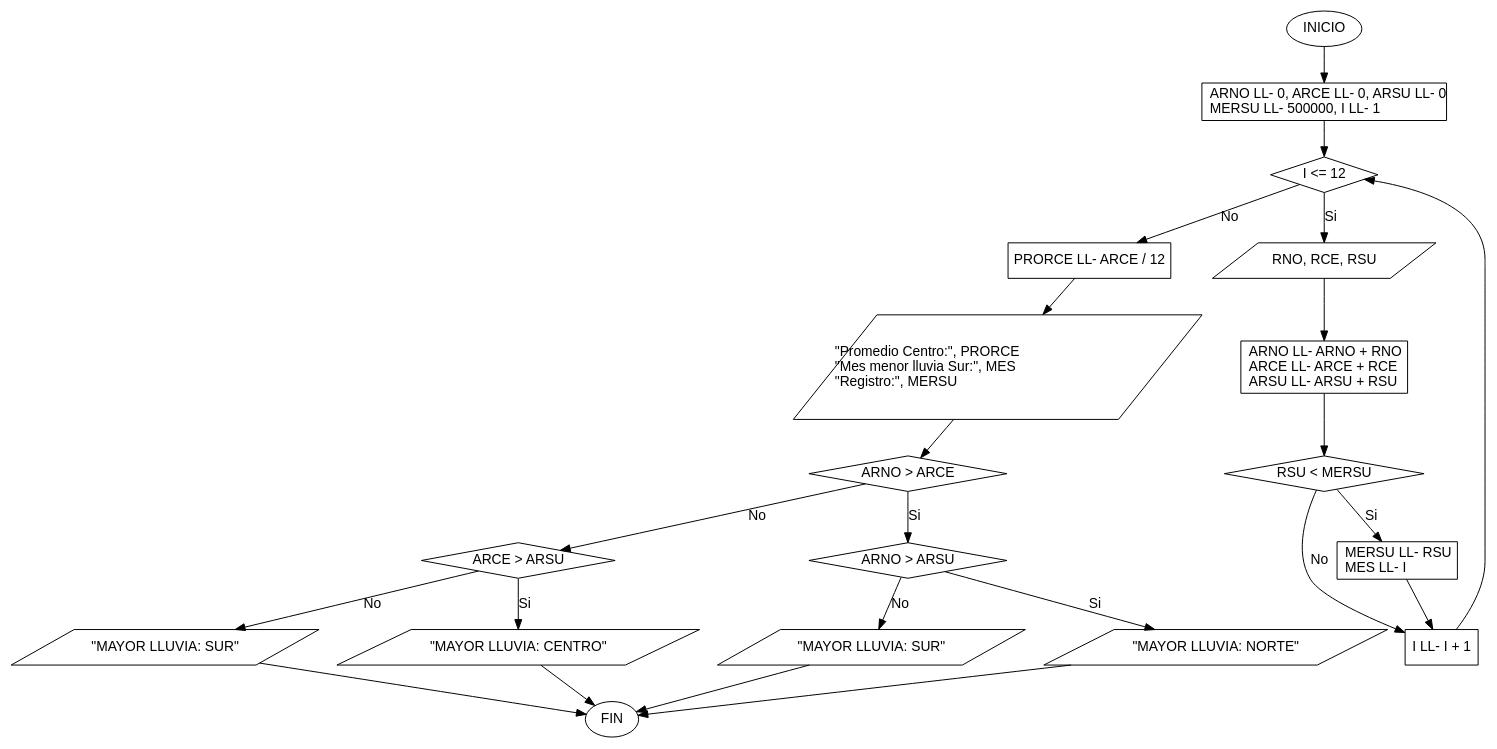
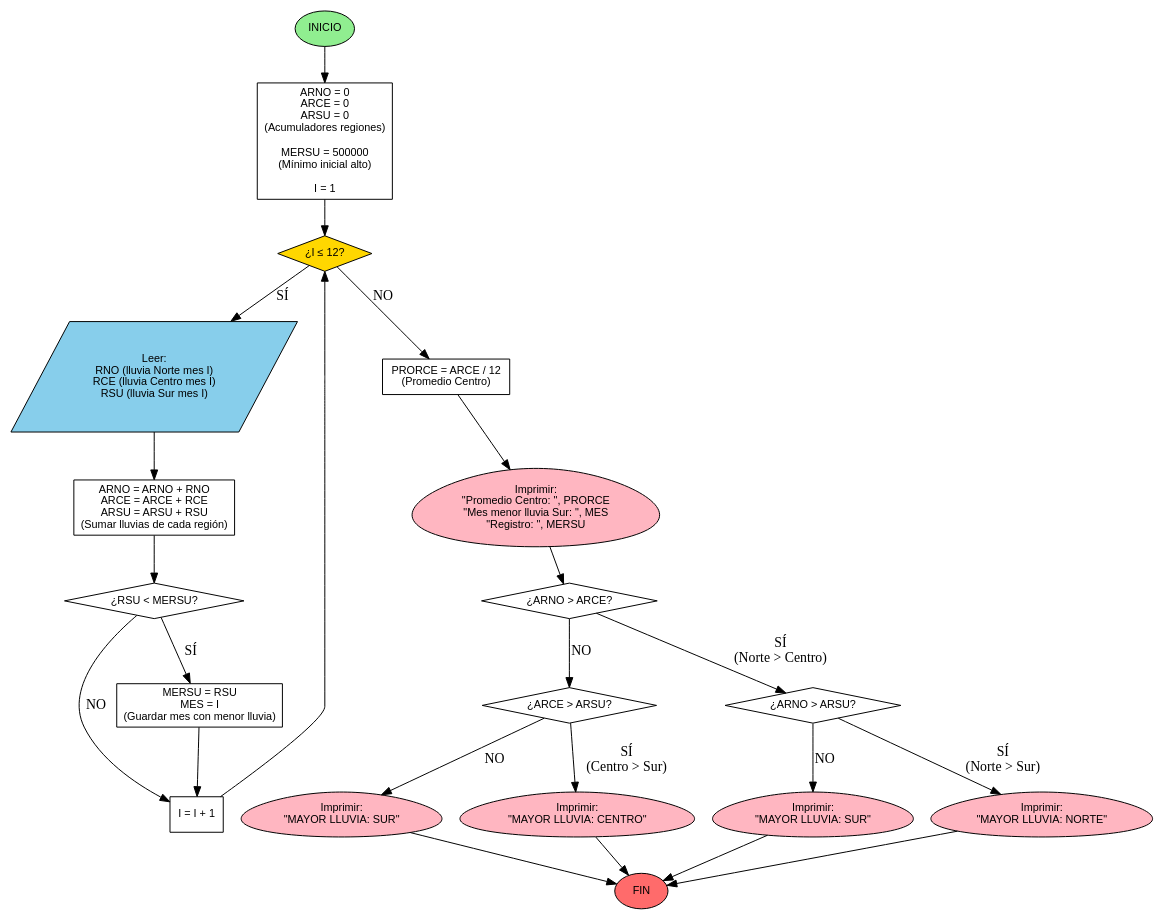
One commit to RosarioReyesMtz/java-tutor-tics changed the diagram in Diagramas/problema_3_13.dot. Above: the diagram before and after it, drawn with Graphviz. The commit also changed 40 other files, not shown here.

```diff
--- a/Diagramas/problema_3_13.dot
+++ b/Diagramas/problema_3_13.dot
@@ -1,57 +1,76 @@
-digraph Diagrama_3_20 {
-    graph [fontname="Arial"];
-    node [fontname="Arial", shape=ellipse, style=solid];
-    edge [fontname="Arial"];
-
-    inicio [label="INICIO"];
-    fin [label="FIN"];
+digraph problema_3_13 {
+    // Configuración general
+    rankdir=TB;
+    node [fontname="Arial", fontsize=11];
     
-    node [shape=rect, style=solid];
-    init_vars [label="ARNO \L\L- 0, ARCE \L\L- 0, ARSU \L\L- 0\lMERSU \L\L- 500000, I \L\L- 1\l"];
-    proceso_acum [label="ARNO \L\L- ARNO + RNO\lARCE \L\L- ARCE + RCE\lARSU \L\L- ARSU + RSU\l"];
-    proceso_mersu [label="MERSU \L\L- RSU\lMES \L\L- I\l"];
-    increment_i [label="I \L\L- I + 1"];
-    calc_prom [label="PRORCE \L\L- ARCE / 12"];
+    // Inicio
+    inicio [label="INICIO", shape=ellipse, style=filled, fillcolor="#90EE90"];
     
-    node [shape=parallelogram, style=solid];
-    lectura [label="RNO, RCE, RSU"];
+    // Inicialización
+    init [label="ARNO = 0\nARCE = 0\nARSU = 0\n(Acumuladores regiones)\n\nMERSU = 500000\n(Mínimo inicial alto)\n\nI = 1", shape=box];
     
-    node [shape=parallelogram, style="solid,waves", waves=bottom];
-    escritura_ab [label="\"Promedio Centro:\", PRORCE\l\"Mes menor lluvia Sur:\", MES\l\"Registro:\", MERSU\l"];
-    esc_norte [label="\"MAYOR LLUVIA: NORTE\""];
-    esc_centro [label="\"MAYOR LLUVIA: CENTRO\""];
-    esc_sur [label="\"MAYOR LLUVIA: SUR\""];
-    esc_sur2 [label="\"MAYOR LLUVIA: SUR\""];
+    // Ciclo FOR principal
+    ciclo [label="¿I ≤ 12?", shape=diamond, style=filled, fillcolor="#FFD700"];
     
-    node [shape=diamond, style=solid];
-    cond_loop [label="I <= 12"];
-    cond_mersu [label="RSU < MERSU"];
-    cond_c1 [label="ARNO > ARCE"];
-    cond_c2 [label="ARNO > ARSU"];
-    cond_c3 [label="ARCE > ARSU"];
+    // Entrada de datos
+    entrada [label="Leer:\nRNO (lluvia Norte mes I)\nRCE (lluvia Centro mes I)\nRSU (lluvia Sur mes I)", shape=parallelogram, style=filled, fillcolor="#87CEEB"];
     
-    inicio -> init_vars -> cond_loop;
-    cond_loop -> lectura [label="Si"];
-    lectura -> proceso_acum -> cond_mersu;
-    cond_mersu -> proceso_mersu [label="Si"];
-    proceso_mersu -> increment_i;
-    cond_mersu -> increment_i [label="No"];
-    increment_i -> cond_loop;
+    // Acumular
+    acumular [label="ARNO = ARNO + RNO\nARCE = ARCE + RCE\nARSU = ARSU + RSU\n(Sumar lluvias de cada región)", shape=box];
     
-    cond_loop -> calc_prom [label="No"];
-    calc_prom -> escritura_ab -> cond_c1;
+    // Verificar mínimo Sur
+    comp_min [label="¿RSU < MERSU?", shape=diamond];
+    guardar_min [label="MERSU = RSU\nMES = I\n(Guardar mes con menor lluvia)", shape=box];
     
-    cond_c1 -> cond_c2 [label="Si"];
-    cond_c1 -> cond_c3 [label="No"];
+    // Incrementar
+    incremento [label="I = I + 1", shape=box];
     
-    cond_c2 -> esc_norte [label="Si"];
-    cond_c2 -> esc_sur [label="No"];
+    // Calcular promedio Centro
+    calc_prom [label="PRORCE = ARCE / 12\n(Promedio Centro)", shape=box];
     
-    cond_c3 -> esc_centro [label="Si"];
-    cond_c3 -> esc_sur2 [label="No"];
+    // Salida a y b
+    salida_ab [label="Imprimir:\n\"Promedio Centro: \", PRORCE\n\"Mes menor lluvia Sur: \", MES\n\"Registro: \", MERSU", shape=egg, style=filled, fillcolor="#FFB6C1"];
     
-    esc_norte -> fin;
-    esc_centro -> fin;
-    esc_sur -> fin;
-    esc_sur2 -> fin;
+    // Determinar región mayor
+    comp1 [label="¿ARNO > ARCE?", shape=diamond];
+    comp2 [label="¿ARNO > ARSU?", shape=diamond];
+    comp3 [label="¿ARCE > ARSU?", shape=diamond];
+    
+    // Salidas de región
+    sal_norte [label="Imprimir:\n\"MAYOR LLUVIA: NORTE\"", shape=egg, style=filled, fillcolor="#FFB6C1"];
+    sal_centro [label="Imprimir:\n\"MAYOR LLUVIA: CENTRO\"", shape=egg, style=filled, fillcolor="#FFB6C1"];
+    sal_sur [label="Imprimir:\n\"MAYOR LLUVIA: SUR\"", shape=egg, style=filled, fillcolor="#FFB6C1"];
+    sal_sur2 [label="Imprimir:\n\"MAYOR LLUVIA: SUR\"", shape=egg, style=filled, fillcolor="#FFB6C1"];
+    
+    // Fin
+    fin [label="FIN", shape=ellipse, style=filled, fillcolor="#FF6B6B"];
+    
+    // Conexiones
+    inicio -> init;
+    init -> ciclo;
+    ciclo -> entrada [label="SÍ"];
+    entrada -> acumular;
+    acumular -> comp_min;
+    comp_min -> guardar_min [label="SÍ"];
+    comp_min -> incremento [label="NO"];
+    guardar_min -> incremento;
+    incremento -> ciclo;
+    
+    ciclo -> calc_prom [label="NO"];
+    calc_prom -> salida_ab;
+    salida_ab -> comp1;
+    
+    comp1 -> comp2 [label="SÍ\n(Norte > Centro)"];
+    comp1 -> comp3 [label="NO"];
+    
+    comp2 -> sal_norte [label="SÍ\n(Norte > Sur)"];
+    comp2 -> sal_sur [label="NO"];
+    
+    comp3 -> sal_centro [label="SÍ\n(Centro > Sur)"];
+    comp3 -> sal_sur2 [label="NO"];
+    
+    sal_norte -> fin;
+    sal_centro -> fin;
+    sal_sur -> fin;
+    sal_sur2 -> fin;
 }
```
